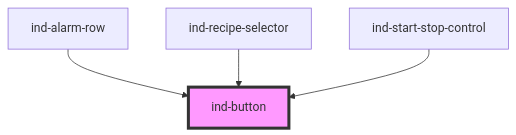
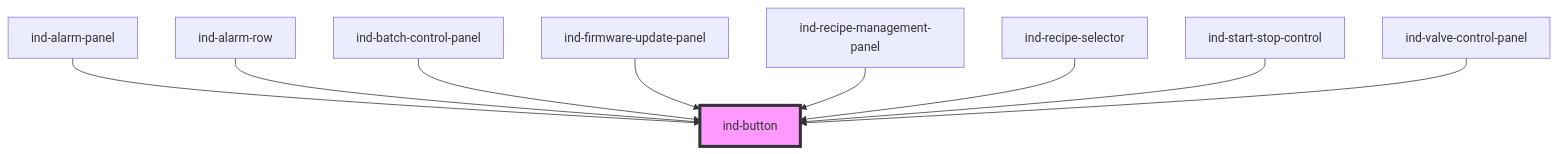
The diagram in packages/core/src/components/atoms/button/readme.md (christophe77/in-ds), drawn with Mermaid before and after one commit. The commit also changed other lines of this file and 106 other files, not shown here.

````diff
--- a/packages/core/src/components/atoms/button/readme.md
+++ b/packages/core/src/components/atoms/button/readme.md
@@ -44,7 +49,12 @@
 ```mermaid
 graph TD;
+  ind-alarm-panel --> ind-button
   ind-alarm-row --> ind-button
+  ind-batch-control-panel --> ind-button
+  ind-firmware-update-panel --> ind-button
+  ind-recipe-management-panel --> ind-button
   ind-recipe-selector --> ind-button
   ind-start-stop-control --> ind-button
+  ind-valve-control-panel --> ind-button
   style ind-button fill:#f9f,stroke:#333,stroke-width:4px
 ```
````
